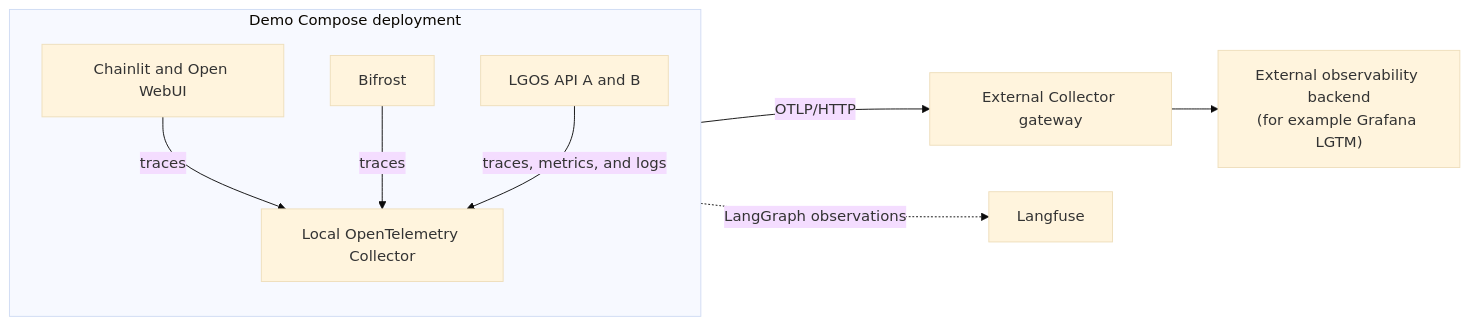
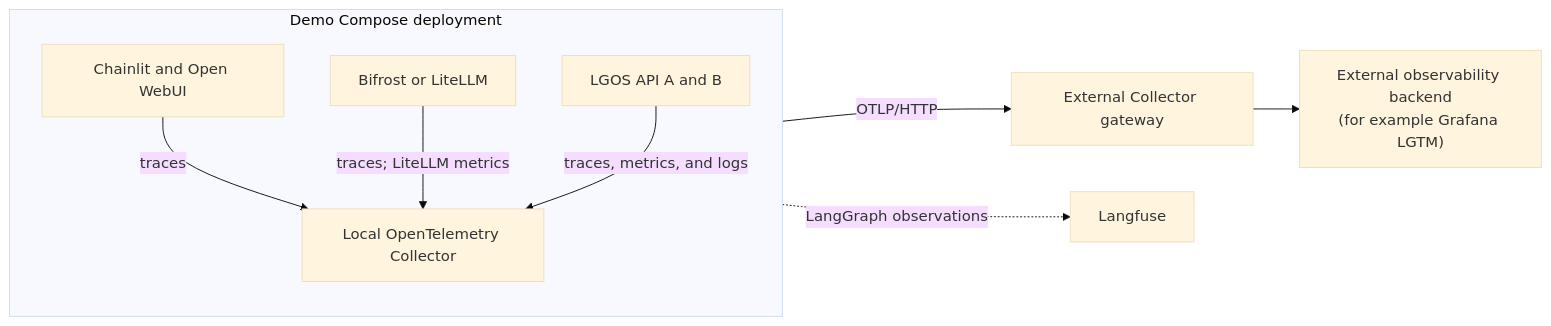
One commit to ilkersigirci/langgraph-openai-serve changed the diagram in docs/demo/opentelemetry.md. Above: the diagram before and after it, drawn with Mermaid (base theme). The commit also changed other lines of this file and 4 other files, not shown here.

````diff
--- a/docs/demo/opentelemetry.md
+++ b/docs/demo/opentelemetry.md
@@ -14,18 +14,18 @@
 ```mermaid
 flowchart LR
   subgraph demo["Demo Compose deployment"]
     direction TB
     clients["Chainlit and Open WebUI"]
-    bifrost["Bifrost"]
+    gateways["Bifrost or LiteLLM"]
     apis["LGOS API A and B"]
     collector["Local OpenTelemetry Collector"]
 
     clients -->|"traces"| collector
-    bifrost -->|"traces"| collector
+    gateways -->|"traces; LiteLLM metrics"| collector
     apis -->|"traces, metrics, and logs"| collector
   end
 
   collector -->|"OTLP/HTTP"| gateway["External Collector gateway"]
   gateway --> backend["External observability backend<br/>(for example Grafana LGTM)"]
   apis -.->|"LangGraph observations"| langfuse["Langfuse"]
 ```
````
